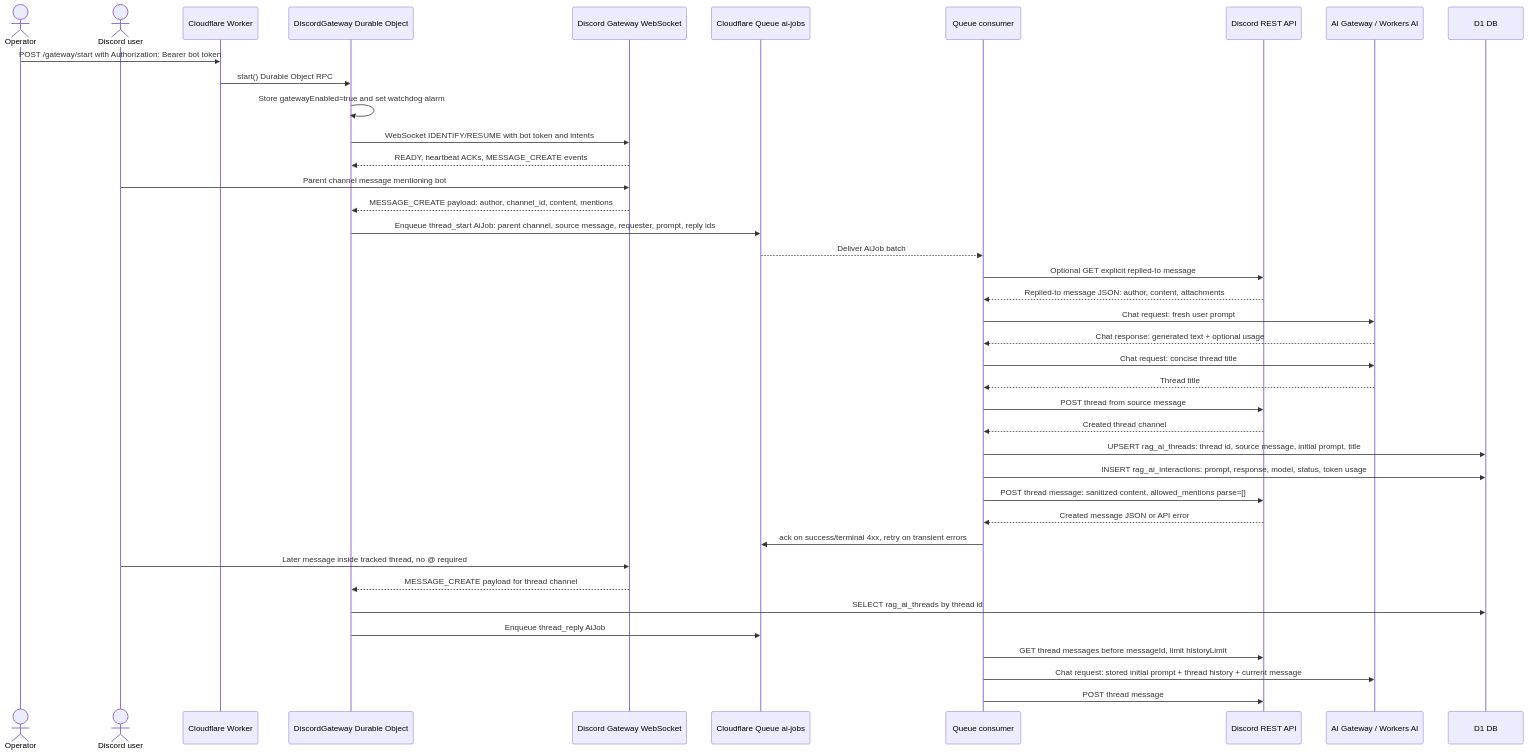
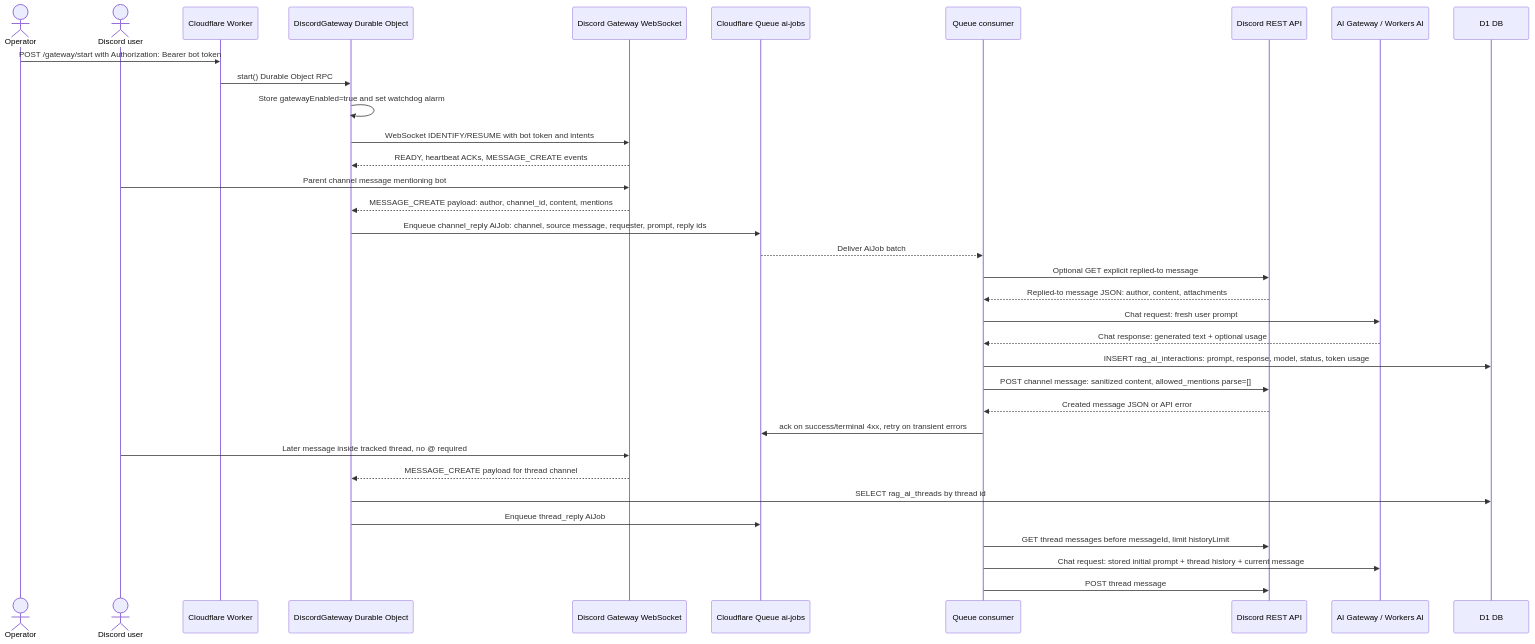
One commit to jackm43/rag changed the third of 3 diagrams in README.md. Above: the diagram before and after it, drawn with Mermaid. The commit also changed other lines of this file and 11 other files, not shown here.

````diff
--- a/README.md
+++ b/README.md
@@ -93,45 +93,40 @@
 ```mermaid
 sequenceDiagram
   actor Operator
   actor User as Discord user
   participant Worker as Cloudflare Worker
   participant GatewayDO as DiscordGateway Durable Object
   participant DiscordGateway as Discord Gateway WebSocket
   participant Queue as Cloudflare Queue ai-jobs
   participant Consumer as Queue consumer
   participant DiscordREST as Discord REST API
   participant AI as AI Gateway / Workers AI
   participant DB as D1 DB
 
   Operator->>Worker: POST /gateway/start with Authorization: Bearer bot token
   Worker->>GatewayDO: start() Durable Object RPC
   GatewayDO->>GatewayDO: Store gatewayEnabled=true and set watchdog alarm
   GatewayDO->>DiscordGateway: WebSocket IDENTIFY/RESUME with bot token and intents
   DiscordGateway-->>GatewayDO: READY, heartbeat ACKs, MESSAGE_CREATE events
 
   User->>DiscordGateway: Parent channel message mentioning bot
   DiscordGateway-->>GatewayDO: MESSAGE_CREATE payload: author, channel_id, content, mentions
-  GatewayDO->>Queue: Enqueue thread_start AiJob: parent channel, source message, requester, prompt, reply ids
+  GatewayDO->>Queue: Enqueue channel_reply AiJob: channel, source message, requester, prompt, reply ids
   Queue-->>Consumer: Deliver AiJob batch
   Consumer->>DiscordREST: Optional GET explicit replied-to message
   DiscordREST-->>Consumer: Replied-to message JSON: author, content, attachments
   Consumer->>AI: Chat request: fresh user prompt
   AI-->>Consumer: Chat response: generated text + optional usage
-  Consumer->>AI: Chat request: concise thread title
-  AI-->>Consumer: Thread title
-  Consumer->>DiscordREST: POST thread from source message
-  DiscordREST-->>Consumer: Created thread channel
-  Consumer->>DB: UPSERT rag_ai_threads: thread id, source message, initial prompt, title
   Consumer->>DB: INSERT rag_ai_interactions: prompt, response, model, status, token usage
-  Consumer->>DiscordREST: POST thread message: sanitized content, allowed_mentions parse=[]
+  Consumer->>DiscordREST: POST channel message: sanitized content, allowed_mentions parse=[]
   DiscordREST-->>Consumer: Created message JSON or API error
   Consumer->>Queue: ack on success/terminal 4xx, retry on transient errors
 
   User->>DiscordGateway: Later message inside tracked thread, no @ required
   DiscordGateway-->>GatewayDO: MESSAGE_CREATE payload for thread channel
   GatewayDO->>DB: SELECT rag_ai_threads by thread id
   GatewayDO->>Queue: Enqueue thread_reply AiJob
   Consumer->>DiscordREST: GET thread messages before messageId, limit historyLimit
   Consumer->>AI: Chat request: stored initial prompt + thread history + current message
   Consumer->>DiscordREST: POST thread message
 ```
````
